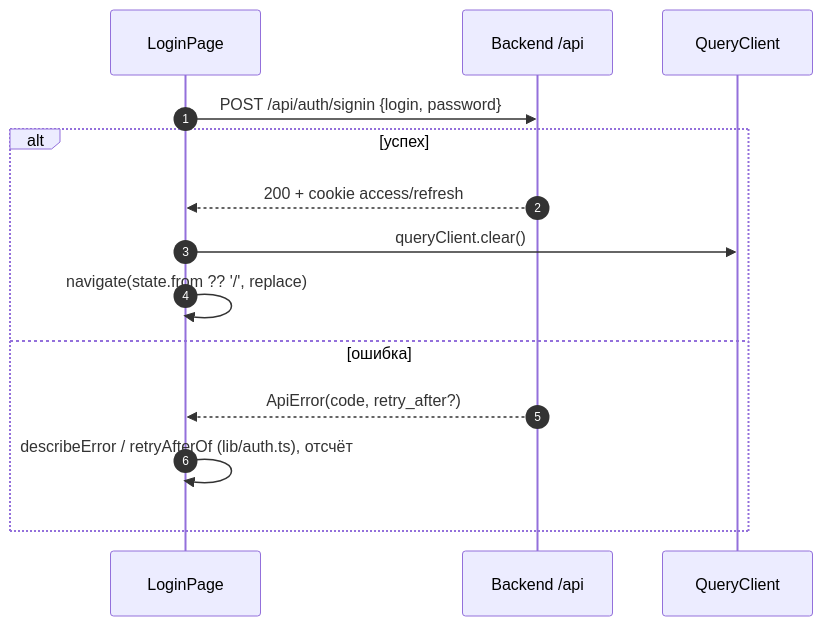
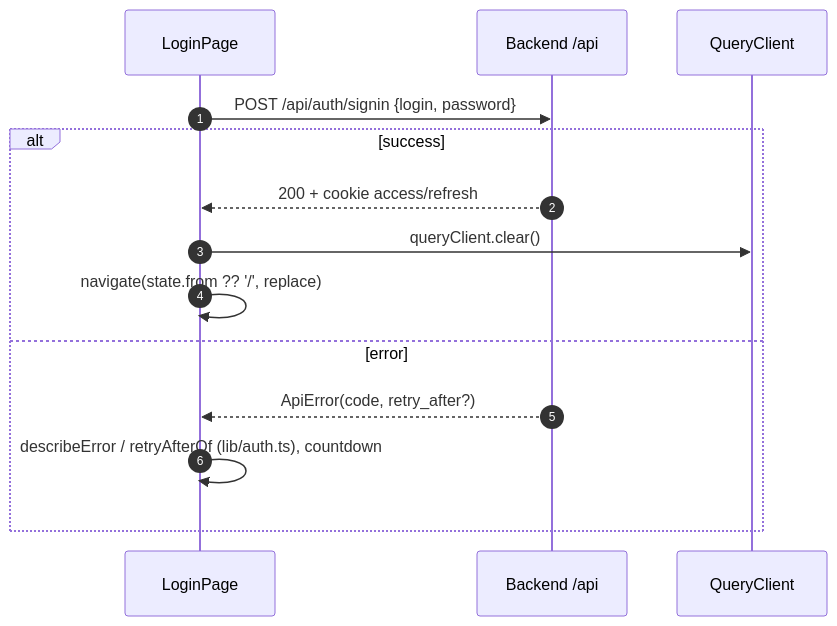
One commit to NikitkaZXC/tcloud-frontend changed the seventh of 8 diagrams in docs/architecture.md. Above: the diagram before and after it, drawn with Mermaid. The commit also changed other lines of this file and 8 other files, not shown here.

````diff
--- a/docs/architecture.md
+++ b/docs/architecture.md
@@ -230,16 +241,16 @@
 ```mermaid
 sequenceDiagram
     autonumber
     participant P as LoginPage
     participant B as Backend /api
     participant Q as QueryClient
     P->>B: POST /api/auth/signin {login, password}
-    alt успех
+    alt success
         B-->>P: 200 + cookie access/refresh
         P->>Q: queryClient.clear()
         P->>P: navigate(state.from ?? '/', replace)
-    else ошибка
+    else error
         B-->>P: ApiError(code, retry_after?)
-        P->>P: describeError / retryAfterOf (lib/auth.ts), отсчёт
+        P->>P: describeError / retryAfterOf (lib/auth.ts), countdown
     end
 ```
````
